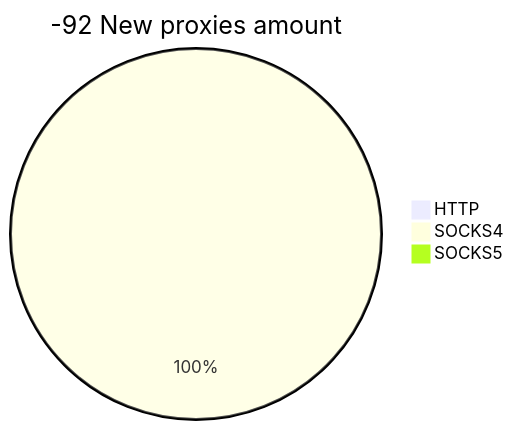
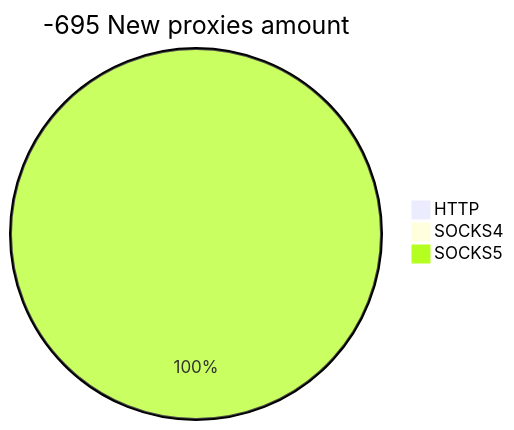
One commit to cutipu/proxylist changed the second of 2 diagrams in README.md. Above: the diagram before and after it, drawn with Mermaid. The commit also changed other lines of this file, not shown here.

````diff
--- a/README.md
+++ b/README.md
@@ -10,6 +10,6 @@
 ```mermaid
-pie title -92 New proxies amount
+pie title -695 New proxies amount
     "HTTP" : 0
-    "SOCKS4" : 7
-    "SOCKS5" : 0
+    "SOCKS4" : 0
+    "SOCKS5" : 1
 ```
````
